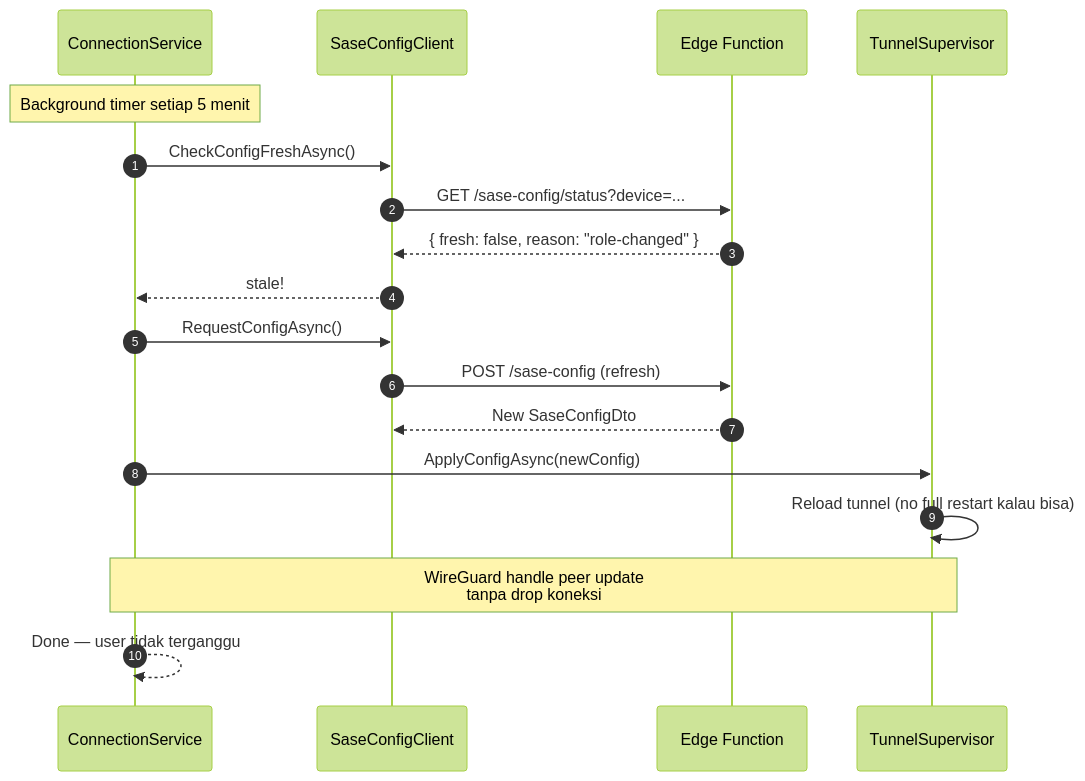
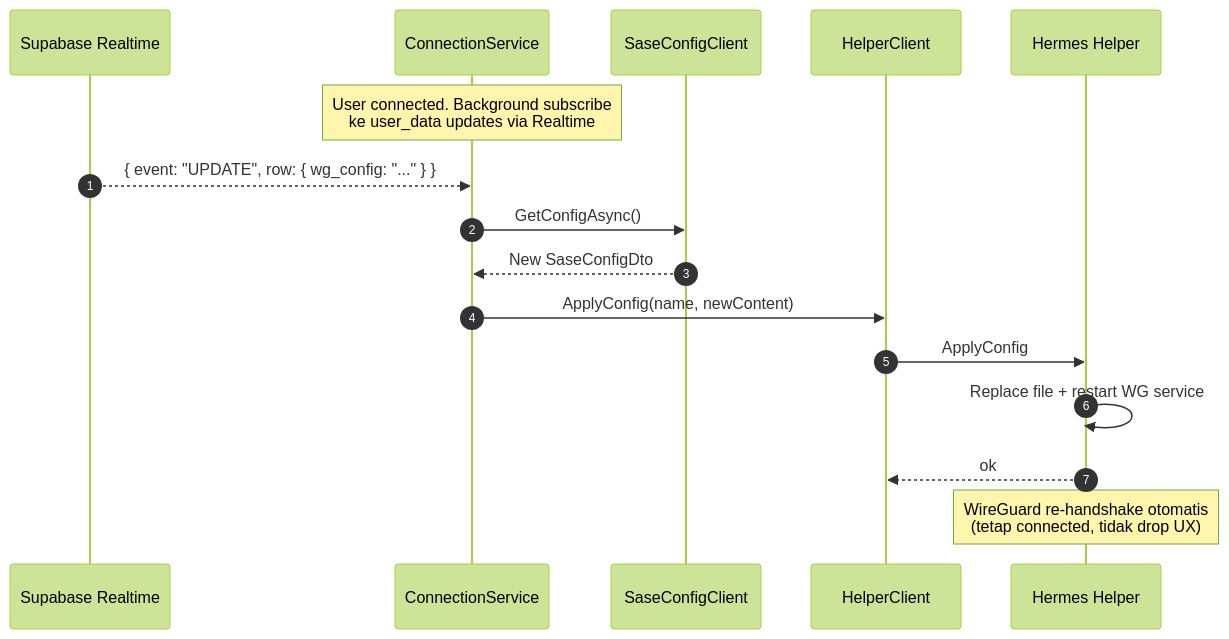
The fourth of 4 diagrams in docs/02-arsitektur.md (ardika/hermes-sase-docs), drawn with Mermaid (forest theme) before and after one commit. The commit also changed other lines of this file and 11 other files, not shown here.

````diff
--- a/docs/02-arsitektur.md
+++ b/docs/02-arsitektur.md
@@ -234,24 +279,21 @@
 ```mermaid
 sequenceDiagram
     autonumber
+    participant SB as Supabase Realtime
     participant CS as ConnectionService
     participant SCC as SaseConfigClient
-    participant EF as Edge Function
-    participant TS as TunnelSupervisor
+    participant HC as HelperClient
+    participant HS as Hermes Helper
 
-    Note over CS: Background timer setiap 5 menit
-    CS->>SCC: CheckConfigFreshAsync()
-    SCC->>EF: GET /sase-config/status?device=...
-    EF-->>SCC: { fresh: false, reason: "role-changed" }
-    SCC-->>CS: stale!
+    Note over CS: User connected. Background subscribe<br/>ke user_data updates via Realtime
+    SB-->>CS: { event: "UPDATE", row: { wg_config: "..." } }
 
-    CS->>SCC: RequestConfigAsync()
-    SCC->>EF: POST /sase-config (refresh)
-    EF-->>SCC: New SaseConfigDto
+    CS->>SCC: GetConfigAsync()
+    SCC-->>CS: New SaseConfigDto
 
-    CS->>TS: ApplyConfigAsync(newConfig)
-    TS->>TS: Reload tunnel (no full restart kalau bisa)
-    Note over TS,CS: WireGuard handle peer update<br/>tanpa drop koneksi
-
-    CS-->>CS: Done — user tidak terganggu
+    CS->>HC: ApplyConfig(name, newContent)
+    HC->>HS: ApplyConfig
+    HS->>HS: Replace file + restart WG service
+    HS-->>HC: ok
+    Note over HS: WireGuard re-handshake otomatis<br/>(tetap connected, tidak drop UX)
 ```
````
